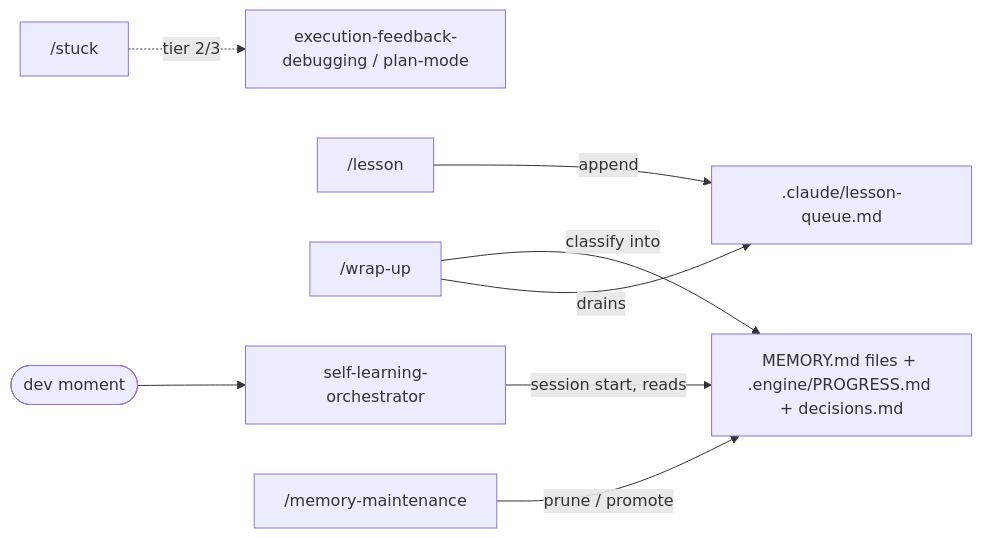
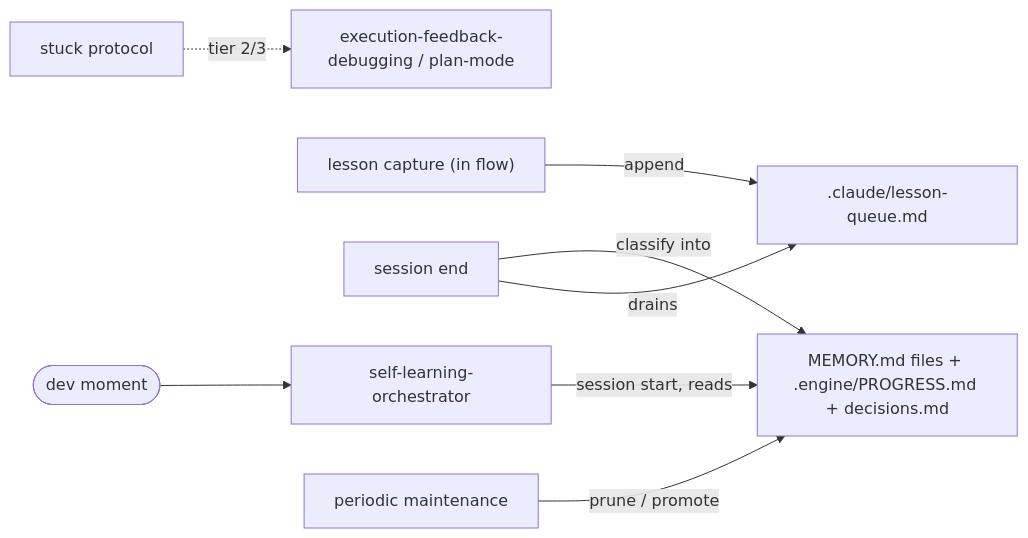
One commit to Tolkoton/claude-cli-config changed the second of 2 diagrams in .claude/README.md. Above: the diagram before and after it, drawn with Mermaid. The commit also changed other lines of this file and 11 other files, not shown here.

````diff
--- a/.claude/README.md
+++ b/.claude/README.md
@@ -137,10 +136,10 @@
 ```mermaid
 flowchart LR
   moment([dev moment]) --> SLO[self-learning-orchestrator]
   SLO -->|session start, reads| MEM["MEMORY.md files + .engine/PROGRESS.md + decisions.md"]
-  LES["/lesson"] -->|append| LQ[".claude/lesson-queue.md"]
-  WRAP["/wrap-up"] -->|drains| LQ
+  LES["lesson capture (in flow)"] -->|append| LQ[".claude/lesson-queue.md"]
+  WRAP["session end"] -->|drains| LQ
   WRAP -->|classify into| MEM
-  STK["/stuck"] -.->|tier 2/3| dbg[execution-feedback-debugging / plan-mode]
-  MM["/memory-maintenance"] -->|prune / promote| MEM
+  STK["stuck protocol"] -.->|tier 2/3| dbg[execution-feedback-debugging / plan-mode]
+  MM["periodic maintenance"] -->|prune / promote| MEM
 ```
````
